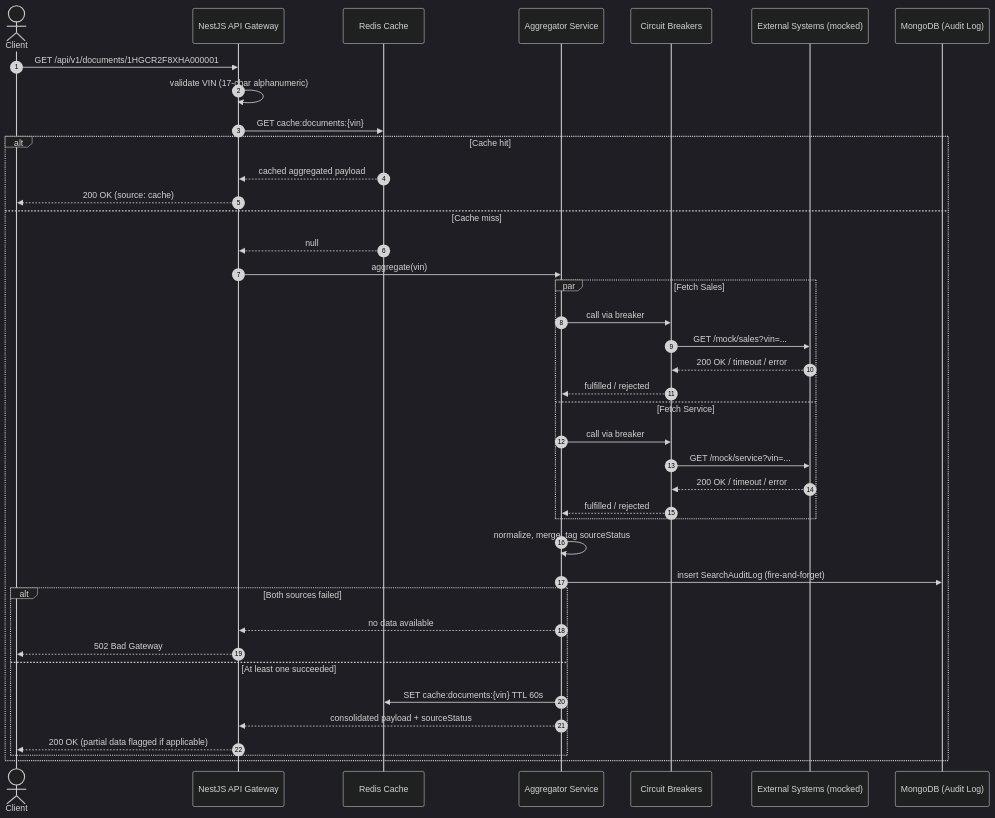
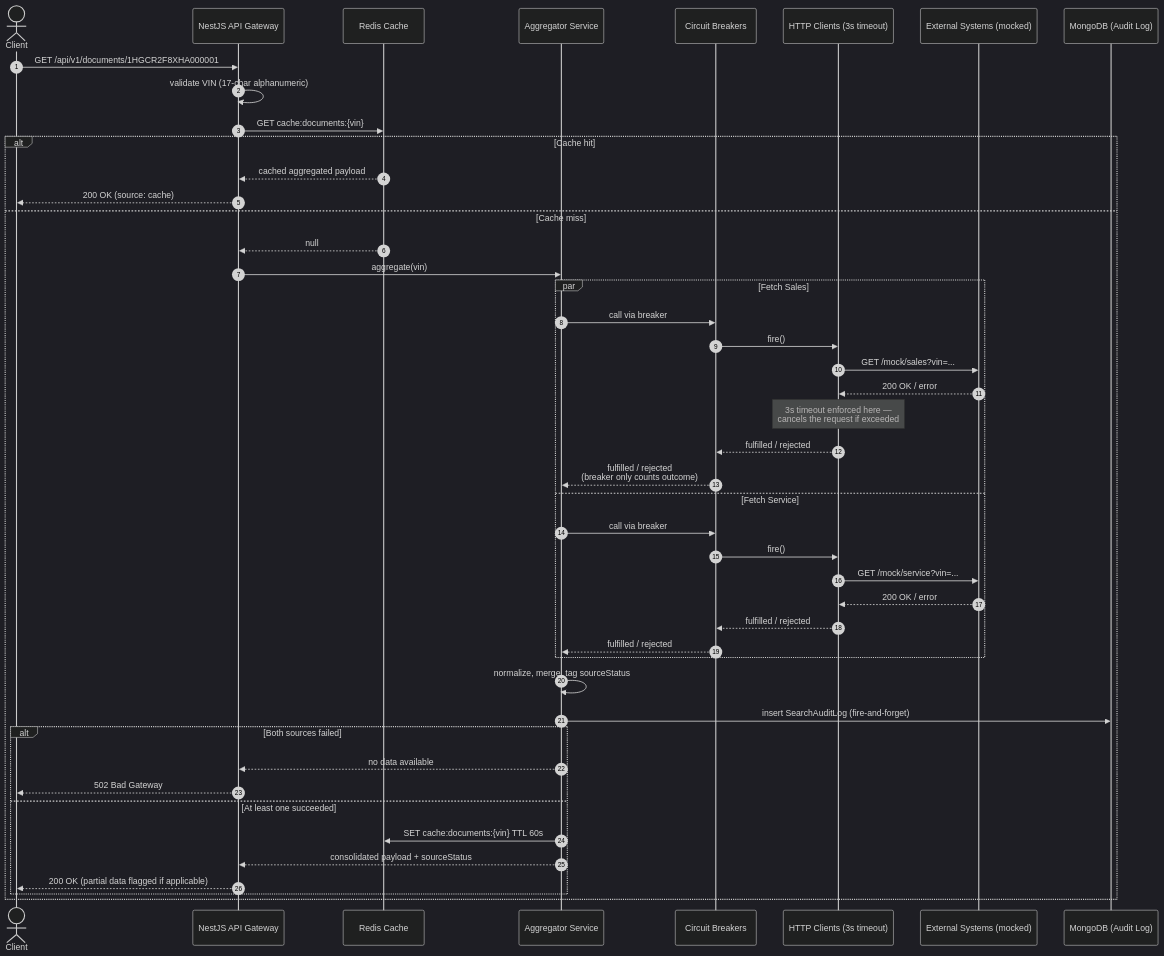
The second of 2 diagrams in docs/SYSTEM_DESIGN.md (tungcao/keyloop-document-viewer), drawn with Mermaid (dark theme) before and after one commit. The commit also changed other lines of this file and 1 other file, not shown here.

Commit message:
docs: update system design and sequence diagrams to clarify aggregator orchestration and request timeout handling

````diff
--- a/docs/SYSTEM_DESIGN.md
+++ b/docs/SYSTEM_DESIGN.md
@@ -63,46 +67,52 @@
 ```mermaid
 sequenceDiagram
     autonumber
     actor Client
     participant API as NestJS API Gateway
     participant Cache as Redis Cache
     participant Agg as Aggregator Service
     participant CB as Circuit Breakers
+    participant HC as HTTP Clients (3s timeout)
     participant Ext as External Systems (mocked)
     participant DB as MongoDB (Audit Log)
 
     Client->>API: GET /api/v1/documents/1HGCR2F8XHA000001
     API->>API: validate VIN (17-char alphanumeric)
     API->>Cache: GET cache:documents:{vin}
 
     alt Cache hit
         Cache-->>API: cached aggregated payload
         API-->>Client: 200 OK (source: cache)
     else Cache miss
         Cache-->>API: null
         API->>Agg: aggregate(vin)
 
         par Fetch Sales
             Agg->>CB: call via breaker
-            CB->>Ext: GET /mock/sales?vin=...
-            Ext-->>CB: 200 OK / timeout / error
-            CB-->>Agg: fulfilled / rejected
+            CB->>HC: fire()
+            HC->>Ext: GET /mock/sales?vin=...
+            Ext-->>HC: 200 OK / error
+            Note over HC: 3s timeout enforced here —<br/>cancels the request if exceeded
+            HC-->>CB: fulfilled / rejected
+            CB-->>Agg: fulfilled / rejected<br/>(breaker only counts outcome)
         and Fetch Service
             Agg->>CB: call via breaker
-            CB->>Ext: GET /mock/service?vin=...
-            Ext-->>CB: 200 OK / timeout / error
+            CB->>HC: fire()
+            HC->>Ext: GET /mock/service?vin=...
+            Ext-->>HC: 200 OK / error
+            HC-->>CB: fulfilled / rejected
             CB-->>Agg: fulfilled / rejected
         end
 
         Agg->>Agg: normalize, merge, tag sourceStatus
         Agg->>DB: insert SearchAuditLog (fire-and-forget)
         alt Both sources failed
             Agg-->>API: no data available
             API-->>Client: 502 Bad Gateway
         else At least one succeeded
             Agg->>Cache: SET cache:documents:{vin} TTL 60s
             Agg-->>API: consolidated payload + sourceStatus
             API-->>Client: 200 OK (partial data flagged if applicable)
         end
     end
 ```
````
